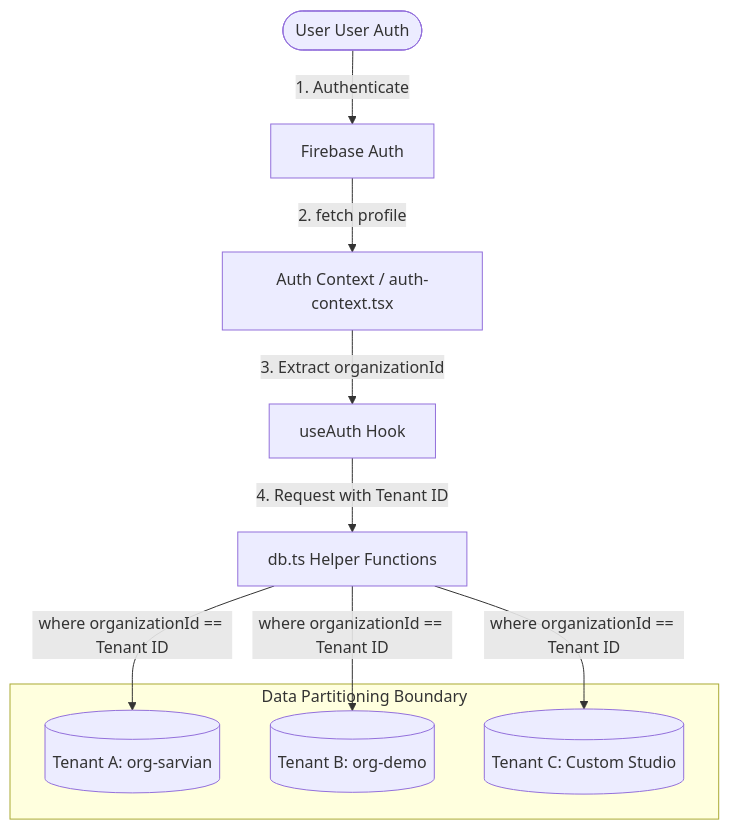
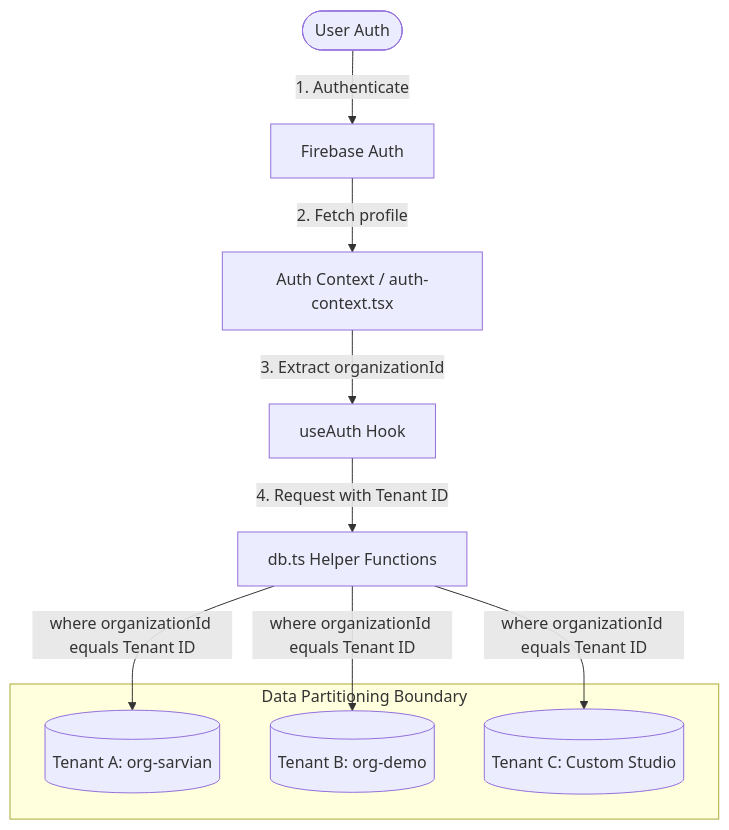
The first of 2 diagrams in saas_architecture.md (rolandoyera/Lenis-Studio), drawn with Mermaid before and after one commit. The commit also changed other lines of this file and 51 other files, not shown here.

````diff
--- a/saas_architecture.md
+++ b/saas_architecture.md
@@ -25,17 +28,17 @@
 ```mermaid
 flowchart TD
-    User([User User Auth]) -->|1. Authenticate| Firebase[Firebase Auth]
-    Firebase -->|2. fetch profile| AuthCtx[Auth Context / auth-context.tsx]
+    User([User Auth]) -->|1. Authenticate| Firebase[Firebase Auth]
+    Firebase -->|2. Fetch profile| AuthCtx[Auth Context / auth-context.tsx]
     AuthCtx -->|3. Extract organizationId| Hook[useAuth Hook]
     Hook -->|4. Request with Tenant ID| DBClient[db.ts Helper Functions]
-    
-    subgraph Data Partitioning Boundary
-    TenantA[(Tenant A: org-sarvian)]
-    TenantB[(Tenant B: org-demo)]
-    TenantC[(Tenant C: Custom Studio)]
+
+    subgraph Partition["Data Partitioning Boundary"]
+        TenantA[(Tenant A: org-sarvian)]
+        TenantB[(Tenant B: org-demo)]
+        TenantC[(Tenant C: Custom Studio)]
     end
-    
-    DBClient -->|where organizationId == Tenant ID| TenantA
-    DBClient -->|where organizationId == Tenant ID| TenantB
-    DBClient -->|where organizationId == Tenant ID| TenantC
+
+    DBClient -->|where organizationId equals Tenant ID| TenantA
+    DBClient -->|where organizationId equals Tenant ID| TenantB
+    DBClient -->|where organizationId equals Tenant ID| TenantC
 ```
````
